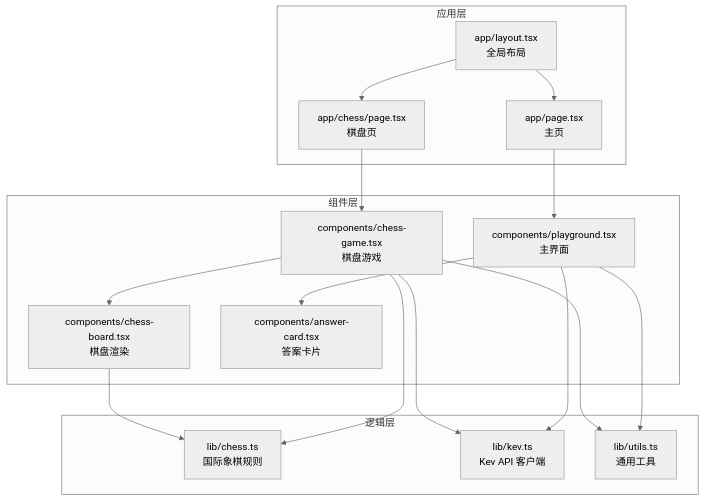
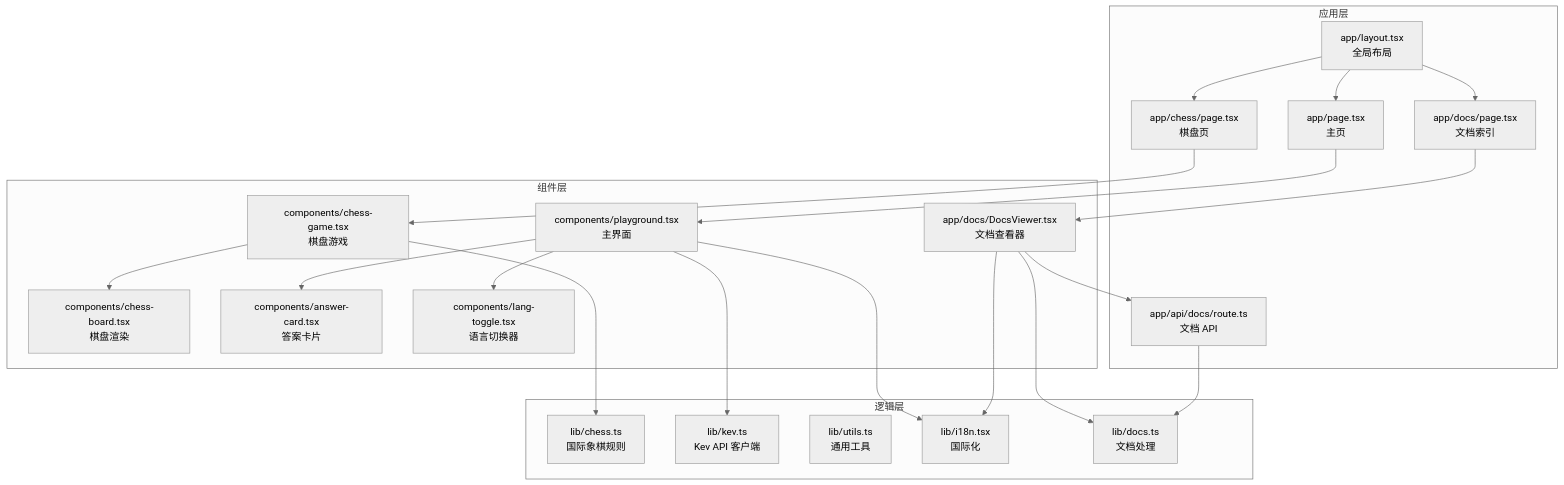
One commit to joezxh/kev changed the first of 5 diagrams in .qoder/repowiki/zh/content/Playground 界面.md. Above: the diagram before and after it, drawn with Mermaid (neutral theme). The commit also changed other lines of this file and 193 other files, not shown here.

````diff
--- a/.qoder/repowiki/zh/content/Playground 界面.md
+++ b/.qoder/repowiki/zh/content/Playground 界面.md
@@ -41,31 +57,41 @@
 ```mermaid
 graph TB
 subgraph "应用层"
 A["app/layout.tsx<br/>全局布局"]
 B["app/page.tsx<br/>主页"]
 C["app/chess/page.tsx<br/>棋盘页"]
+D["app/docs/page.tsx<br/>文档索引"]
+E["app/api/docs/route.ts<br/>文档 API"]
 end
 subgraph "组件层"
-D["components/playground.tsx<br/>主界面"]
-E["components/chess-game.tsx<br/>棋盘游戏"]
-F["components/chess-board.tsx<br/>棋盘渲染"]
-G["components/answer-card.tsx<br/>答案卡片"]
+F["components/playground.tsx<br/>主界面"]
+G["components/chess-game.tsx<br/>棋盘游戏"]
+H["components/chess-board.tsx<br/>棋盘渲染"]
+I["components/answer-card.tsx<br/>答案卡片"]
+J["components/lang-toggle.tsx<br/>语言切换器"]
+K["app/docs/DocsViewer.tsx<br/>文档查看器"]
 end
 subgraph "逻辑层"
-H["lib/chess.ts<br/>国际象棋规则"]
-I["lib/kev.ts<br/>Kev API 客户端"]
-J["lib/utils.ts<br/>通用工具"]
+L["lib/chess.ts<br/>国际象棋规则"]
+M["lib/kev.ts<br/>Kev API 客户端"]
+N["lib/utils.ts<br/>通用工具"]
+O["lib/i18n.tsx<br/>国际化"]
+P["lib/docs.ts<br/>文档处理"]
 end
 A --> B
 A --> C
-B --> D
-C --> E
-E --> F
-D --> G
-D --> I
-E --> H
-E --> I
-F --> H
-D --> J
-E --> J
+A --> D
+B --> F
+C --> G
+D --> K
+E --> P
+F --> I
+F --> J
+G --> H
+F --> M
+G --> L
+K --> E
+K --> O
+K --> P
+F --> O
 ```
````
